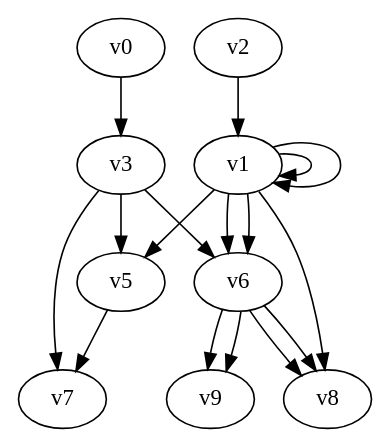
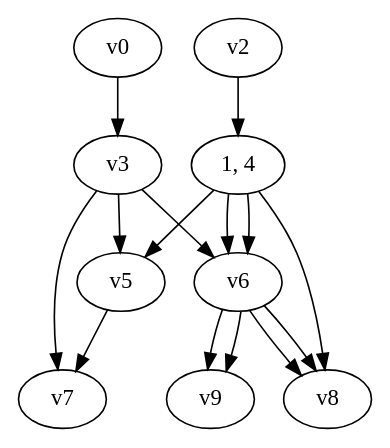
The diagram in tmp.dot (yadej/graph_project), drawn with Graphviz before and after one commit. The commit also changed 4 other files, not shown here.

```diff
--- a/tmp.dot
+++ b/tmp.dot
@@ -1,16 +1,16 @@
 digraph G { 
+v1 [label="1, 4"]; 
 v0 -> v3;
 v1 -> v5 -> v7;
 v1 -> v8;
 v1 -> v6;
 v1 -> v6;
-v1 -> v1 -> v1;
 v2 -> v1;
 v3 -> v5;
 v3 -> v6;
 v3 -> v7;
 v6 -> v8;
 v6 -> v8;
 v6 -> v9;
 v6 -> v9;
 }
```
